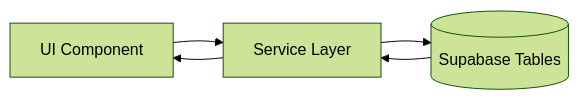
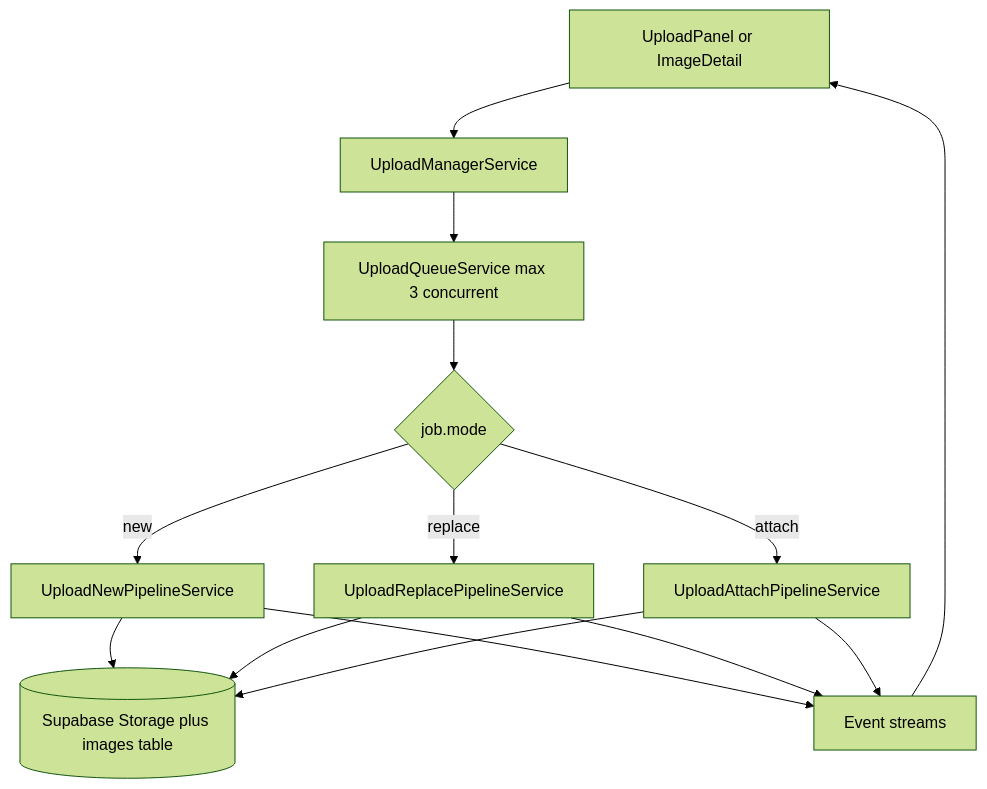
The first of 2 diagrams in docs/element-specs/upload-manager.md (matkleve/feldpost), drawn with Mermaid (forest theme) before and after one commit. The commit also changed other lines of this file and 12 other files, not shown here.

First line of the commit message:
Refactor upload manager and related components for improved structure and functionality

````diff
--- a/docs/element-specs/upload-manager.md
+++ b/docs/element-specs/upload-manager.md
@@ -58,7 +58,16 @@
 ```mermaid
-flowchart LR
-  UI[UI Component] --> S[Service Layer]
-  S --> DB[(Supabase Tables)]
-  DB --> S
-  S --> UI
+flowchart TD
+  UI[UploadPanel or ImageDetail] --> M[UploadManagerService]
+  M --> Q[UploadQueueService max 3 concurrent]
+  Q --> P{job.mode}
+  P -->|new| N[UploadNewPipelineService]
+  P -->|replace| R[UploadReplacePipelineService]
+  P -->|attach| A[UploadAttachPipelineService]
+  N --> S[(Supabase Storage plus images table)]
+  R --> S
+  A --> S
+  N --> E[Event streams]
+  R --> E
+  A --> E
+  E --> UI
 ```
````
